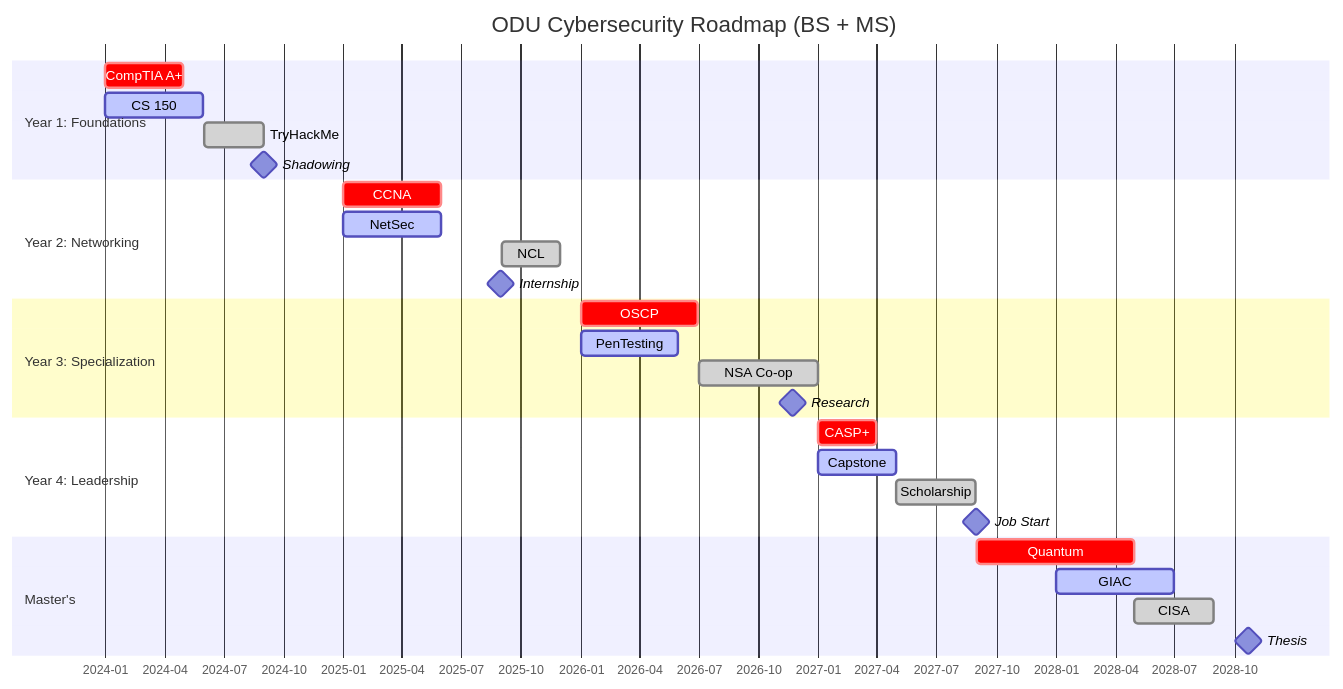
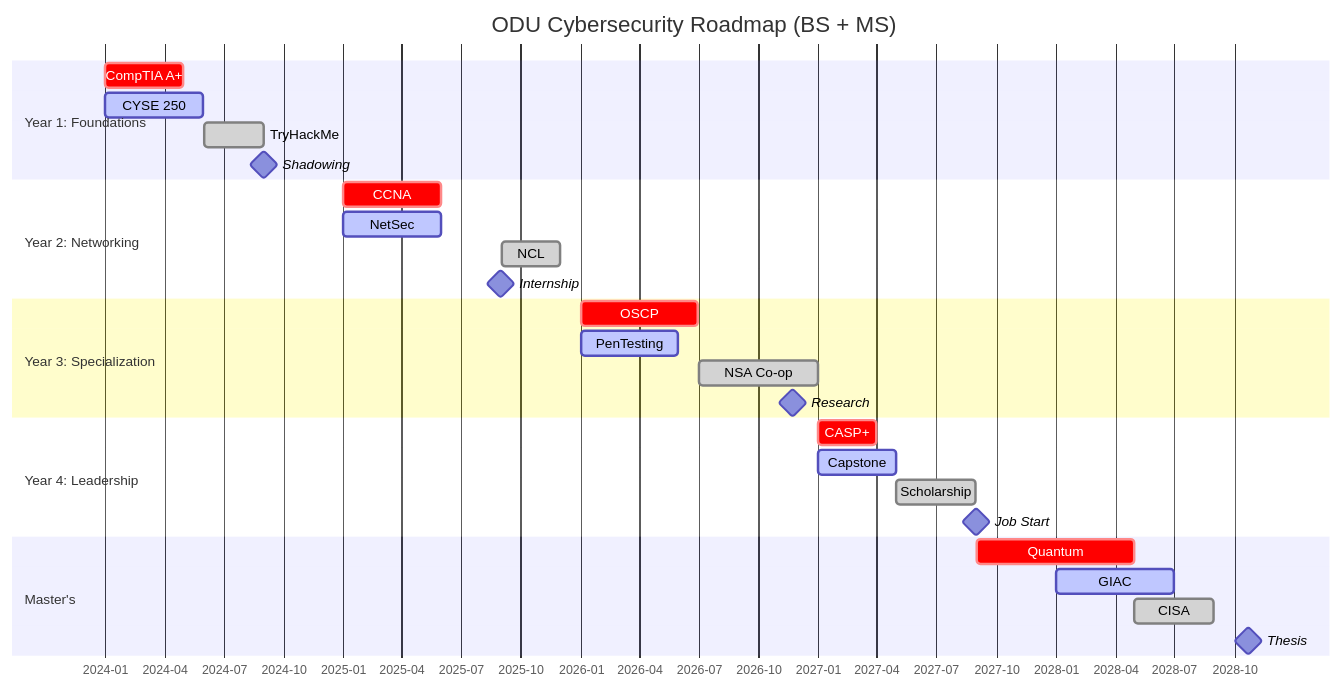
Before and after one commit to LinuxRonin/Cyber-Resources-ODU: the diagram in Roadmap.md, drawn with Mermaid. The commit also changed other lines of this file, not shown here.

````diff
--- a/Roadmap.md
+++ b/Roadmap.md
@@ -117,40 +109,40 @@
 ```mermaid
 %%{init: {'themeVariables': {
   'milestoneFontColor': '#000000',
   'done': '#77DD77'
 }}}%%
 gantt
     title ODU Cybersecurity Roadmap (BS + MS)
     dateFormat  YYYY-MM-DD
     axisFormat %Y-%m
     
     section Year 1: Foundations
     CompTIA A+ :crit, 2024-01-01, 2024-04-30
-    CS 150 :active, 2024-01-01, 2024-05-31
+    CYSE 250 :active, 2024-01-01, 2024-05-31
     TryHackMe :done, 2024-06-01, 2024-08-31
     Shadowing :milestone, 2024-09-01
     
     section Year 2: Networking
     CCNA :crit, 2025-01-01, 2025-05-31
     NetSec :active, 2025-01-01, 2025-05-31
     NCL :done, 2025-09-01, 2025-11-30
     Internship :milestone, 2025-06-01
     
     section Year 3: Specialization
     OSCP :crit, 2026-01-01, 2026-06-30
     PenTesting :active, 2026-01-01, 2026-05-31
     NSA Co-op :done, 2026-07-01, 2026-12-31
     Research :milestone, 2026-10-15
     
     section Year 4: Leadership
     CASP+ :crit, 2027-01-01, 2027-03-31
     Capstone :active, 2027-01-01, 2027-04-30
     Scholarship :done, 2027-05-01, 2027-08-31
     Job Start :milestone, 2027-09-01
     
     section Master's
     Quantum :crit, 2027-09-01, 2028-04-30
     GIAC :active, 2028-01-01, 2028-06-30
     CISA :done, 2028-05-01, 2028-08-31
     Thesis :milestone, 2028-12-15
 ```
````
